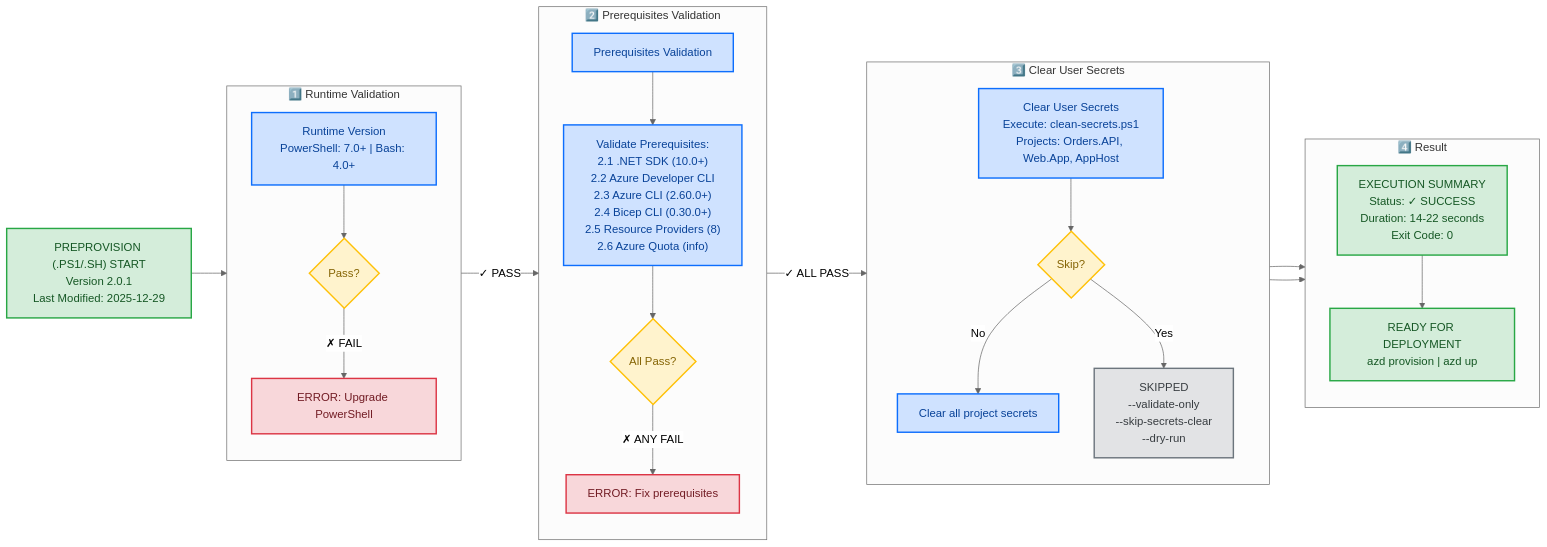
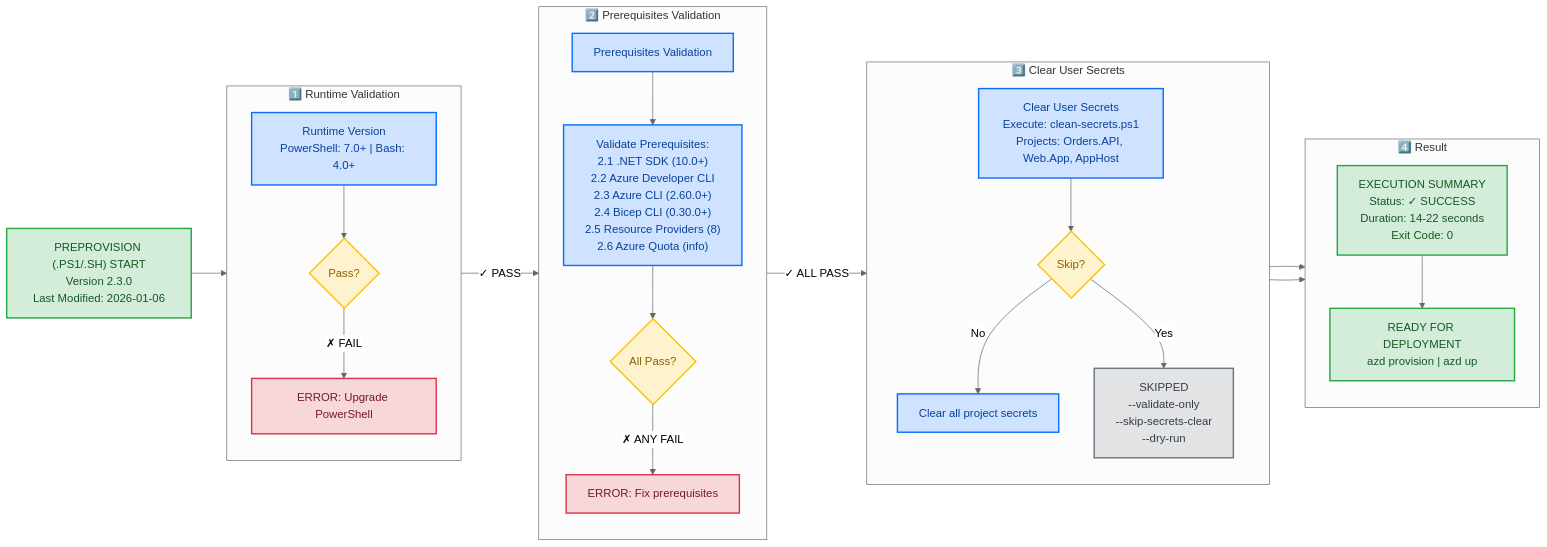
One commit to Evilazaro/Azure-LogicApps-Monitoring changed the third of 7 diagrams in docs/hooks/VALIDATION-WORKFLOW.md. Above: the diagram before and after it, drawn with Mermaid (neutral theme). The commit also changed other lines of this file and 3 other files, not shown here.

````diff
--- a/docs/hooks/VALIDATION-WORKFLOW.md
+++ b/docs/hooks/VALIDATION-WORKFLOW.md
@@ -226,60 +237,60 @@
 ```mermaid
 flowchart LR
-    Start["PREPROVISION (.PS1/.SH) START<br/>Version 2.0.1<br/>Last Modified: 2025-12-29"]
+    Start["PREPROVISION (.PS1/.SH) START<br/>Version 2.3.0<br/>Last Modified: 2026-01-06"]
 
     subgraph RuntimeCheck["1️⃣ Runtime Validation"]
         direction TB
         Step1["Runtime Version<br/>PowerShell: 7.0+ | Bash: 4.0+"]
         Decision1{Pass?}
         Error1["ERROR: Upgrade PowerShell"]
         Step1 --> Decision1
         Decision1 -->|✗ FAIL| Error1
     end
 
     subgraph PrereqCheck["2️⃣ Prerequisites Validation"]
         direction TB
         Step2["Prerequisites Validation"]
         Prereqs["Validate Prerequisites:<br/>2.1 .NET SDK (10.0+)<br/>2.2 Azure Developer CLI<br/>2.3 Azure CLI (2.60.0+)<br/>2.4 Bicep CLI (0.30.0+)<br/>2.5 Resource Providers (8)<br/>2.6 Azure Quota (info)"]
         Decision2{All Pass?}
         Error2["ERROR: Fix prerequisites"]
         Step2 --> Prereqs
         Prereqs --> Decision2
         Decision2 -->|✗ ANY FAIL| Error2
     end
 
     subgraph SecretsPhase["3️⃣ Clear User Secrets"]
         direction TB
         Step3["Clear User Secrets<br/>Execute: clean-secrets.ps1<br/>Projects: Orders.API, Web.App, AppHost"]
         Decision3{Skip?}
         ClearSecrets["Clear all project secrets"]
         Skip["SKIPPED<br/>--validate-only<br/>--skip-secrets-clear<br/>--dry-run"]
         Step3 --> Decision3
         Decision3 -->|No| ClearSecrets
         Decision3 -->|Yes| Skip
     end
 
     subgraph ResultPhase["4️⃣ Result"]
         direction TB
         Summary["EXECUTION SUMMARY<br/>Status: ✓ SUCCESS<br/>Duration: 14-22 seconds<br/>Exit Code: 0"]
         Ready["READY FOR DEPLOYMENT<br/>azd provision | azd up"]
         Summary --> Ready
     end
 
     Start --> RuntimeCheck
     Decision1 -->|✓ PASS| PrereqCheck
     Decision2 -->|✓ ALL PASS| SecretsPhase
     ClearSecrets --> ResultPhase
     Skip --> ResultPhase
 
     classDef successClass fill:#d4edda,stroke:#28a745,stroke-width:2px,color:#155724
     classDef errorClass fill:#f8d7da,stroke:#dc3545,stroke-width:2px,color:#721c24
     classDef processClass fill:#cfe2ff,stroke:#0d6efd,stroke-width:2px,color:#084298
     classDef decisionClass fill:#fff3cd,stroke:#ffc107,stroke-width:2px,color:#856404
     classDef skipClass fill:#e2e3e5,stroke:#6c757d,stroke-width:2px,color:#383d41
 
     class Start,Summary,Ready successClass
     class Error1,Error2 errorClass
     class Step1,Step2,Prereqs,Step3,ClearSecrets processClass
     class Decision1,Decision2,Decision3 decisionClass
     class Skip skipClass
 ```
````
